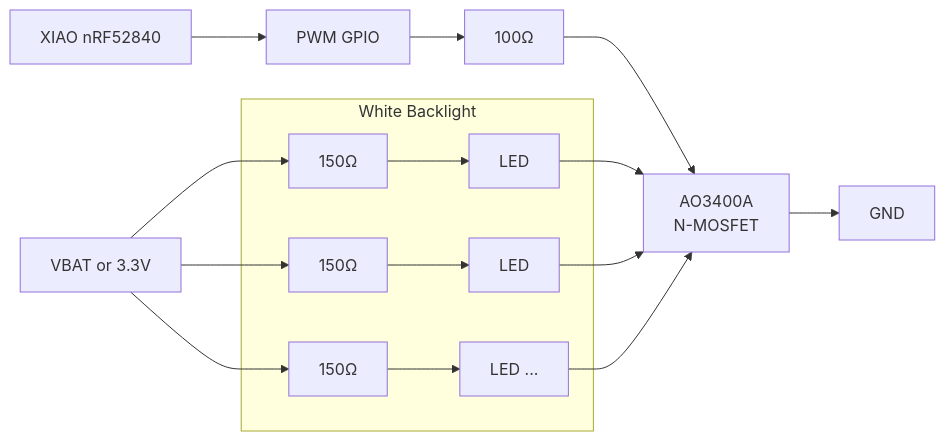
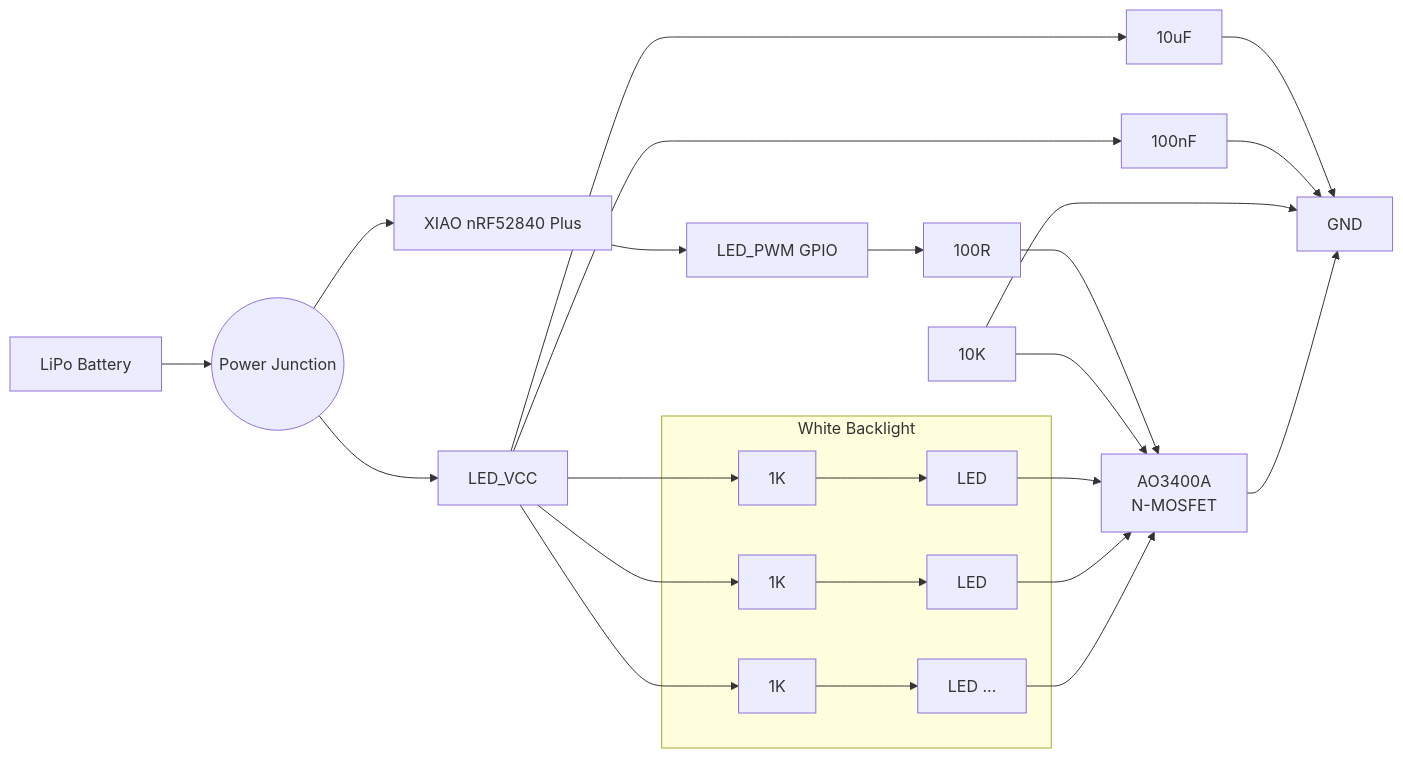
One commit to WillACosta/dormin changed the diagram in docs/specs/backlight_led.md. Above: the diagram before and after it, drawn with Mermaid. The commit also changed other lines of this file and 3 other files, not shown here.

````diff
--- a/docs/specs/backlight_led.md
+++ b/docs/specs/backlight_led.md
@@ -115,38 +112,62 @@
 ```mermaid
 flowchart LR
 
-    MCU["XIAO nRF52840"]
+    BAT["LiPo Battery"]
 
-    GPIO["PWM GPIO"]
+    BRANCH((Power Junction))
 
-    RG["100Ω"]
+    MCU["XIAO nRF52840 Plus"]
+
+    PWM["LED_PWM GPIO"]
+
+    RG["100R"]
 
     MOS["AO3400A<br/>N-MOSFET"]
 
+    RPD["10K"]
+
     GND["GND"]
 
-    VCC["VBAT or 3.3V"]
+    CAP1["10uF"]
+    CAP2["100nF"]
 
     subgraph BACKLIGHT["White Backlight"]
 
-        R1["150Ω"]
+        R1["1K"]
         LED1["LED"]
 
-        R2["150Ω"]
+        R2["1K"]
         LED2["LED"]
 
-        RN["150Ω"]
+        RN["1K"]
         LEDN["LED ..."]
 
     end
 
-    MCU --> GPIO
-    GPIO --> RG
+    BAT --> BRANCH
+
+    BRANCH --> MCU
+
+    BRANCH --> LED_VCC["LED_VCC"]
+
+    LED_VCC --> CAP1
+    LED_VCC --> CAP2
+
+    CAP1 --> GND
+    CAP2 --> GND
+
+    MCU --> PWM
+
+    PWM --> RG
+
     RG --> MOS
 
+    RPD --> GND
+    RPD --> MOS
+
+    LED_VCC --> R1 --> LED1 --> MOS
+    LED_VCC --> R2 --> LED2 --> MOS
+    LED_VCC --> RN --> LEDN --> MOS
+
     MOS --> GND
-
-    VCC --> R1 --> LED1 --> MOS
-    VCC --> R2 --> LED2 --> MOS
-    VCC --> RN --> LEDN --> MOS
 ```
````
